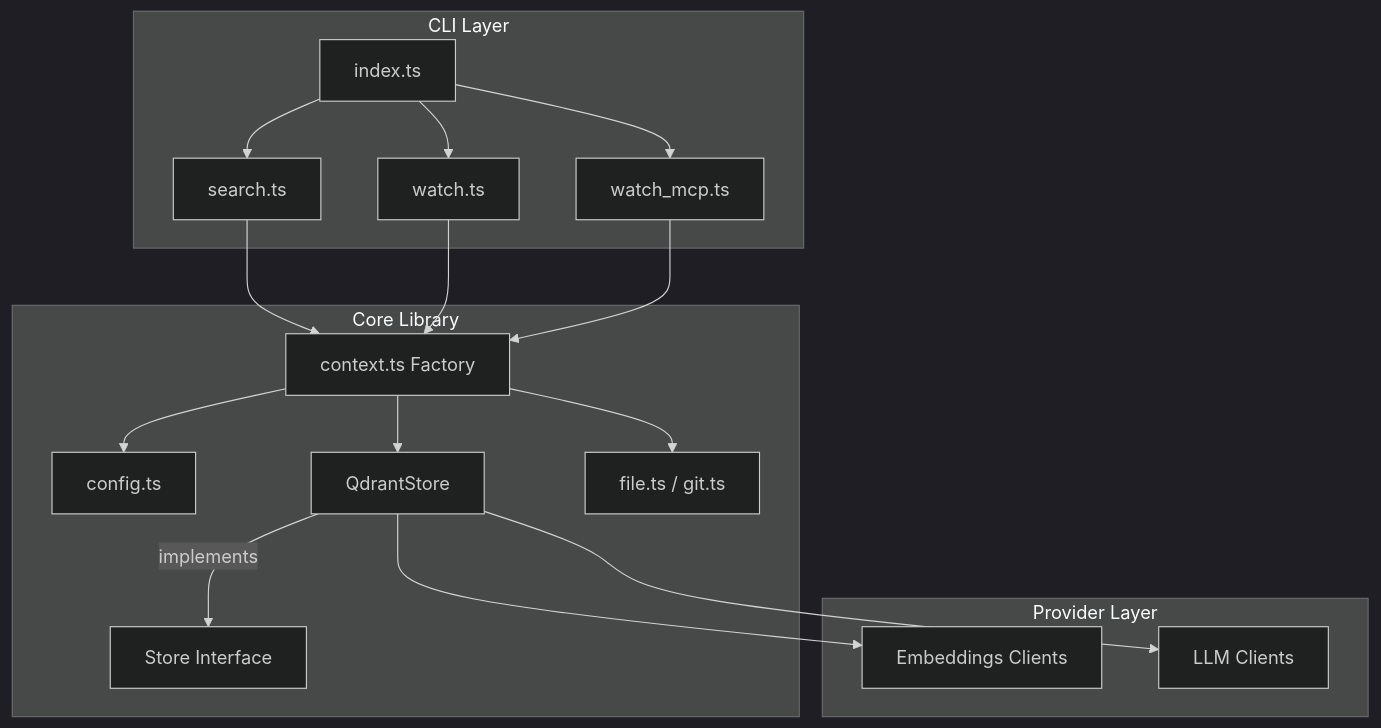
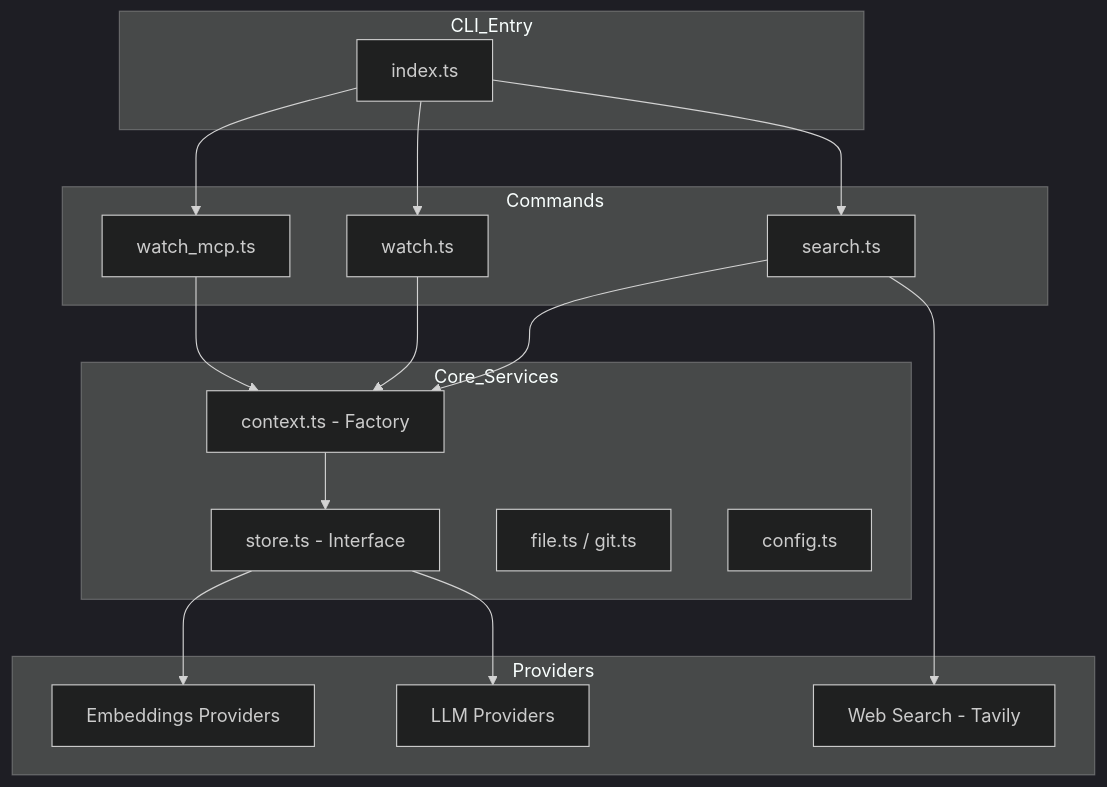
One commit to quantmind-br/mgrep changed the first of 3 diagrams in README.md. Above: the diagram before and after it, drawn with Mermaid (dark theme). The commit also changed other lines of this file and 20 other files, not shown here.

````diff
--- a/README.md
+++ b/README.md
@@ -51,30 +52,38 @@
 ```mermaid
 graph TD
-    subgraph CLI_Layer [CLI Layer]
+    subgraph CLI_Entry
         Index[index.ts]
-        SearchCmd[search.ts]
-        WatchCmd[watch.ts]
-        McpCmd[watch_mcp.ts]
     end
 
-    subgraph Core_Library [Core Library]
-        Context[context.ts Factory]
-        Config[config.ts]
-        StoreInt[Store Interface]
-        QdrantStore[QdrantStore]
-        FileSys[file.ts / git.ts]
+    subgraph Commands
+        Search[search.ts]
+        Watch[watch.ts]
+        MCP_Cmd[watch_mcp.ts]
     end
 
-    subgraph Provider_Layer [Provider Layer]
-        Embeddings[Embeddings Clients]
-        LLM[LLM Clients]
+    subgraph Core_Services
+        Context[context.ts - Factory]
+        Store[store.ts - Interface]
+        FS[file.ts / git.ts]
+        Config[config.ts]
     end
 
-    Index --> SearchCmd & WatchCmd & McpCmd
-    SearchCmd & WatchCmd & McpCmd --> Context
-    Context --> Config
-    Context --> FileSys
-    Context --> QdrantStore
-    QdrantStore -- implements --> StoreInt
-    QdrantStore --> Embeddings & LLM
+    subgraph Providers
+        Embeddings[Embeddings Providers]
+        LLM[LLM Providers]
+        WebSearch[Web Search - Tavily]
+    end
+
+    Index --> Search
+    Index --> Watch
+    Index --> MCP_Cmd
+
+    Search --> Context
+    Watch --> Context
+    MCP_Cmd --> Context
+
+    Context --> Store
+    Store --> Embeddings
+    Store --> LLM
+    Search --> WebSearch
 ```
````
